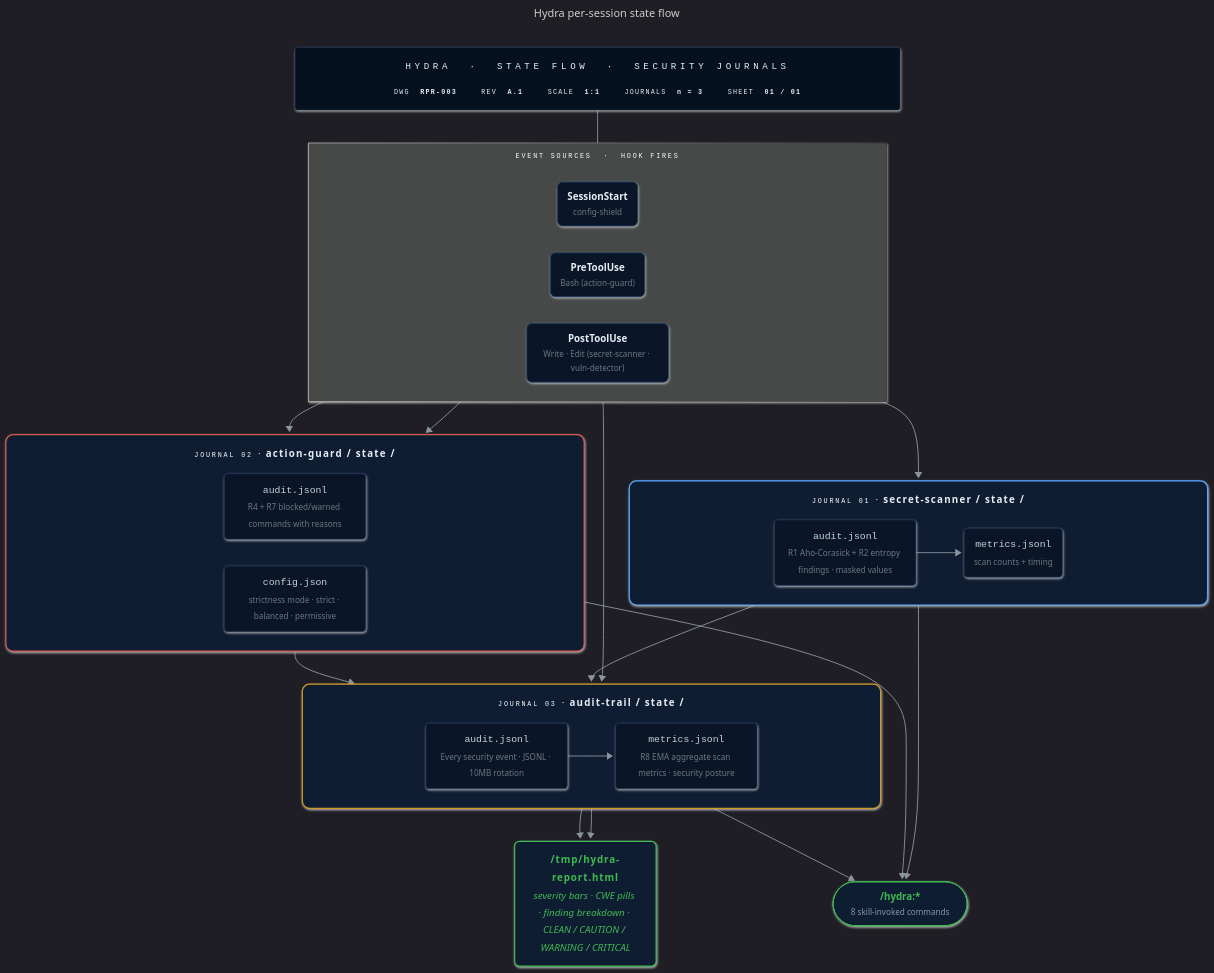
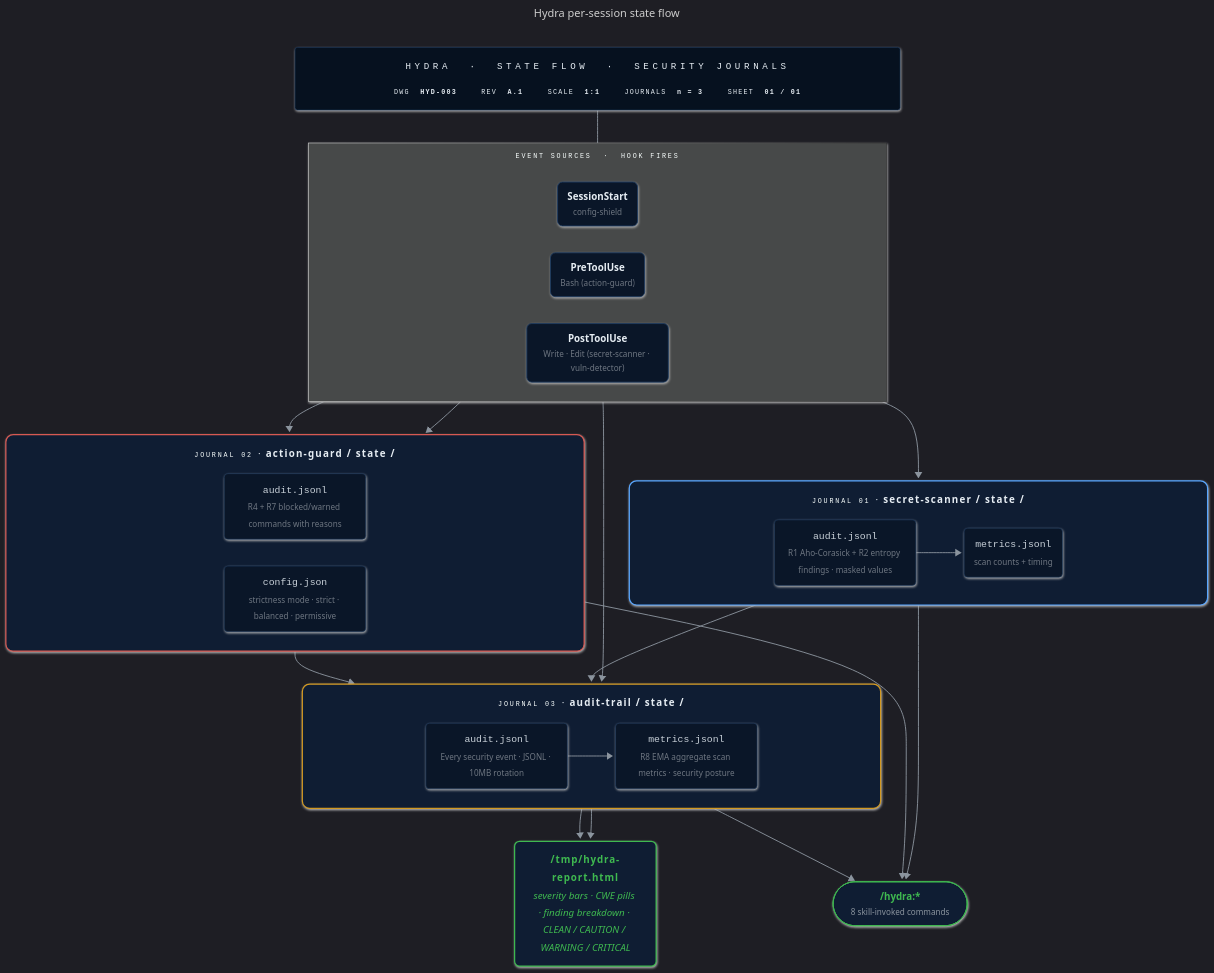
Before and after one commit to enchanter-ai/hydra: the diagram in docs/assets/state-flow.mmd, drawn with Mermaid. The commit also changed 2 other files, not shown here.

Commit message:
fix: update old 3-letter drawing codes in .mmd title blocks

```diff
--- a/docs/assets/state-flow.mmd
+++ b/docs/assets/state-flow.mmd
@@ -1,78 +1,78 @@
 ---
 title: Hydra per-session state flow
 config:
   look: neo
   theme: dark
   flowchart:
     curve: basis
     padding: 18
     nodeSpacing: 44
     rankSpacing: 54
     htmlLabels: true
     subGraphTitleMargin:
       top: 14
       bottom: 18
 ---
 flowchart TB
-    TitleBlock["<div style='font-family:ui-monospace,SFMono-Regular,Consolas,monospace;text-align:center;min-width:940px;padding:6px 10px;line-height:1.8'><div style='color:#58a6ff;font-size:15px;letter-spacing:6px;border-bottom:1px solid #1e3a5f;padding-bottom:10px;margin-bottom:10px'>HYDRA &nbsp;·&nbsp; STATE&nbsp;FLOW &nbsp;·&nbsp; SECURITY&nbsp;JOURNALS</div><div style='display:flex;gap:40px;justify-content:center;font-size:11px;color:#8b949e;letter-spacing:2px'><span>DWG&nbsp;&nbsp;<b style='color:#e6edf3'>RPR-003</b></span><span>REV&nbsp;&nbsp;<b style='color:#e6edf3'>A.1</b></span><span>SCALE&nbsp;&nbsp;<b style='color:#e6edf3'>1:1</b></span><span>JOURNALS&nbsp;&nbsp;<b style='color:#e6edf3'>n&nbsp;=&nbsp;3</b></span><span>SHEET&nbsp;&nbsp;<b style='color:#e6edf3'>01&nbsp;/&nbsp;01</b></span></div></div>"]
+    TitleBlock["<div style='font-family:ui-monospace,SFMono-Regular,Consolas,monospace;text-align:center;min-width:940px;padding:6px 10px;line-height:1.8'><div style='color:#58a6ff;font-size:15px;letter-spacing:6px;border-bottom:1px solid #1e3a5f;padding-bottom:10px;margin-bottom:10px'>HYDRA &nbsp;·&nbsp; STATE&nbsp;FLOW &nbsp;·&nbsp; SECURITY&nbsp;JOURNALS</div><div style='display:flex;gap:40px;justify-content:center;font-size:11px;color:#8b949e;letter-spacing:2px'><span>DWG&nbsp;&nbsp;<b style='color:#e6edf3'>HYD-003</b></span><span>REV&nbsp;&nbsp;<b style='color:#e6edf3'>A.1</b></span><span>SCALE&nbsp;&nbsp;<b style='color:#e6edf3'>1:1</b></span><span>JOURNALS&nbsp;&nbsp;<b style='color:#e6edf3'>n&nbsp;=&nbsp;3</b></span><span>SHEET&nbsp;&nbsp;<b style='color:#e6edf3'>01&nbsp;/&nbsp;01</b></span></div></div>"]
 
     subgraph sources["<div style='text-align:center;min-width:940px;font-family:ui-monospace,monospace;color:#8b949e;font-size:11px;letter-spacing:3px'>EVENT&nbsp;SOURCES&nbsp;&nbsp;·&nbsp;&nbsp;HOOK&nbsp;FIRES</div>"]
         direction LR
         Start["<b>SessionStart</b><br/><small style='color:#6e7681'>config-shield</small>"]
         Pre["<b>PreToolUse</b><br/><small style='color:#6e7681'>Bash (action-guard)</small>"]
         Post["<b>PostToolUse</b><br/><small style='color:#6e7681'>Write · Edit (secret-scanner · vuln-detector)</small>"]
     end
 
     subgraph ss["<div style='text-align:center;min-width:940px;line-height:2'><span style='font-family:ui-monospace,monospace;color:#8b949e;font-size:11px;letter-spacing:3px'>JOURNAL&nbsp;01</span>&nbsp;&nbsp;·&nbsp;&nbsp;<b style='letter-spacing:2px'>secret-scanner / state /</b></div>"]
         direction LR
         ss_aud["<div style='text-align:center;line-height:1.7'><code>audit.jsonl</code><br/><small style='color:#6e7681'>R1 Aho-Corasick + R2 entropy findings · masked values</small></div>"]
         ss_met["<div style='text-align:center;line-height:1.7'><code>metrics.jsonl</code><br/><small style='color:#6e7681'>scan counts + timing</small></div>"]
     end
 
     subgraph ag["<div style='text-align:center;min-width:940px;line-height:2'><span style='font-family:ui-monospace,monospace;color:#8b949e;font-size:11px;letter-spacing:3px'>JOURNAL&nbsp;02</span>&nbsp;&nbsp;·&nbsp;&nbsp;<b style='letter-spacing:2px'>action-guard / state /</b></div>"]
         direction LR
         ag_aud["<div style='text-align:center;line-height:1.7'><code>audit.jsonl</code><br/><small style='color:#6e7681'>R4 + R7 blocked/warned commands with reasons</small></div>"]
         ag_cfg["<div style='text-align:center;line-height:1.7'><code>config.json</code><br/><small style='color:#6e7681'>strictness mode · strict · balanced · permissive</small></div>"]
     end
 
     subgraph at["<div style='text-align:center;min-width:940px;line-height:2'><span style='font-family:ui-monospace,monospace;color:#8b949e;font-size:11px;letter-spacing:3px'>JOURNAL&nbsp;03</span>&nbsp;&nbsp;·&nbsp;&nbsp;<b style='letter-spacing:2px'>audit-trail / state /</b></div>"]
         direction LR
         at_aud["<div style='text-align:center;line-height:1.7'><code>audit.jsonl</code><br/><small style='color:#6e7681'>Every security event · JSONL · 10MB rotation</small></div>"]
         at_met["<div style='text-align:center;line-height:1.7'><code>metrics.jsonl</code><br/><small style='color:#6e7681'>R8 EMA aggregate scan metrics · security posture</small></div>"]
     end
 
     Report["<div style='text-align:center;line-height:1.8;padding:4px 12px'><b style='letter-spacing:1.5px;color:#3fb950'>/tmp/hydra-report.html</b><br/><em style='color:#8b949e;font-size:12px'>severity bars · CWE pills · finding breakdown · CLEAN / CAUTION / WARNING / CRITICAL</em></div>"]
     Query(["<b>/hydra:*</b><br/><small style='color:#8b949e'>8 skill-invoked commands</small>"])
 
     TitleBlock ~~~ sources
     Post --> ss_aud
     ss_aud --> ss_met
     Pre --> ag_aud
     Start --> ag_cfg
     Post --> at_aud
     ss_aud --> at_aud
     ag_aud --> at_aud
     at_aud --> at_met
     at_aud --> Report
     at_met --> Report
     ss_aud --> Query
     ag_aud --> Query
     at_aud --> Query
 
     classDef titleBlock fill:#06111f,stroke:#1e3a5f,stroke-width:1px,color:#e6edf3,rx:4,ry:4
     classDef sourceNode fill:#0a1628,stroke:#1e3a5f,stroke-width:1.5px,color:#e6edf3,rx:8,ry:8
     classDef journalLine fill:#0a1628,stroke:#1e3a5f,stroke-width:1px,color:#c9d1d9,rx:6,ry:6
     classDef reportNode fill:#0f1d33,stroke:#3fb950,stroke-width:2px,color:#3fb950,rx:8,ry:8
     classDef queryNode fill:#0f1d33,stroke:#3fb950,stroke-width:1.5px,color:#3fb950,rx:14,ry:14
 
     class TitleBlock titleBlock
     class Start,Pre,Post sourceNode
     class ss_aud,ss_met,ag_aud,ag_cfg,at_aud,at_met journalLine
     class Report reportNode
     class Query queryNode
 
     style ss fill:#0f1d33,stroke:#58a6ff,stroke-width:2px,color:#e6edf3,rx:12,ry:12
     style ag fill:#0f1d33,stroke:#d75952,stroke-width:2px,color:#e6edf3,rx:12,ry:12
     style at fill:#0f1d33,stroke:#d29922,stroke-width:2px,color:#e6edf3,rx:12,ry:12
 
     linkStyle default stroke:#8b949e,stroke-width:1.5px
```
